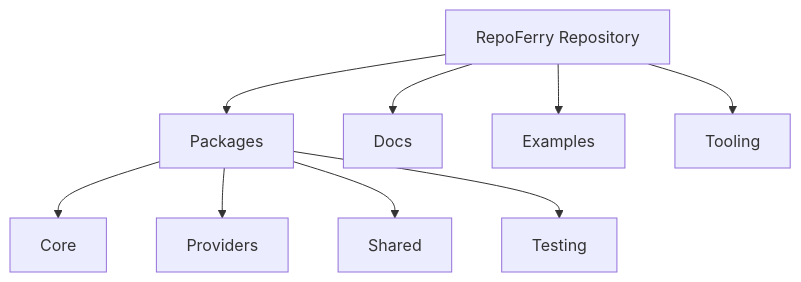
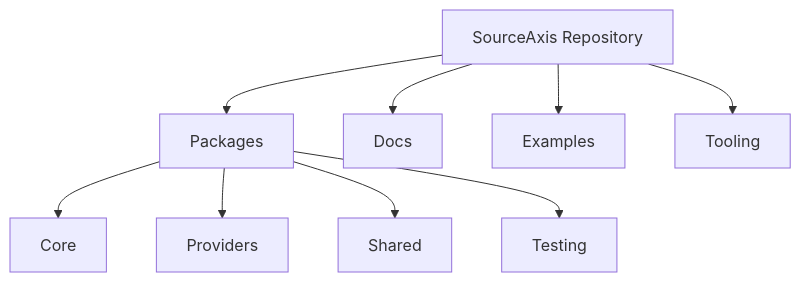
The first of 4 diagrams in docs/architecture/adr/ADR-003.md (mriduldey/git-bridge), drawn with Mermaid before and after one commit. The commit also changed other lines of this file and 118 other files, not shown here.

First line of the commit message:
Release v0.1.0: SourceAxis developer preview (#3)

````diff
--- a/docs/architecture/adr/ADR-003.md
+++ b/docs/architecture/adr/ADR-003.md
@@ -145,15 +145,15 @@
 ```mermaid
 flowchart TD
 
-Repo["RepoFerry Repository"]
+Repo["SourceAxis Repository"]
 
 Repo --> Packages
 Repo --> Docs
 Repo --> Examples
 Repo --> Tooling
 
 Packages --> Core
 Packages --> Providers
 Packages --> Shared
 Packages --> Testing
 ```
````
